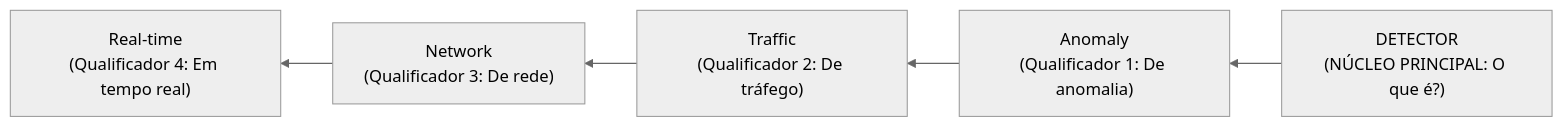
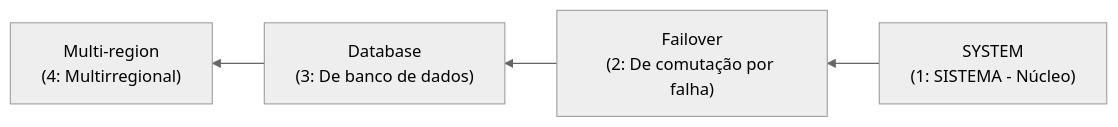
The third of 3 diagrams in fontes_de_estudo/conhecimentos_especificos_b02_ti/14_lingua_inglesa_leitura_tecnica/02_vocabulario_tecnico_de_ti_e_conjuncoes.md (thiagosantos346/TCE-GO-2027), drawn with Mermaid (neutral theme) before and after one commit. The commit also changed other lines of this file and 119 other files, not shown here.

````diff
--- a/fontes_de_estudo/conhecimentos_especificos_b02_ti/14_lingua_inglesa_leitura_tecnica/02_vocabulario_tecnico_de_ti_e_conjuncoes.md
+++ b/fontes_de_estudo/conhecimentos_especificos_b02_ti/14_lingua_inglesa_leitura_tecnica/02_vocabulario_tecnico_de_ti_e_conjuncoes.md
@@ -145,13 +192,11 @@
 ```mermaid
 flowchart RL
-    W1["Real-time<br/>(Qualificador 4: Em tempo real)"]
-    W2["Network<br/>(Qualificador 3: De rede)"]
-    W3["Traffic<br/>(Qualificador 2: De tráfego)"]
-    W4["Anomaly<br/>(Qualificador 1: De anomalia)"]
-    Head["DETECTOR<br/>(NÚCLEO PRINCIPAL: O que é?)"]
+    W1["Multi-region<br/>(4: Multirregional)"]
+    W2["Database<br/>(3: De banco de dados)"]
+    W3["Failover<br/>(2: De comutação por falha)"]
+    Head["SYSTEM<br/>(1: SISTEMA - Núcleo)"]
     
-    Head --> W4
-    W4 --> W3
+    Head --> W3
     W3 --> W2
     W2 --> W1
 ```
````
